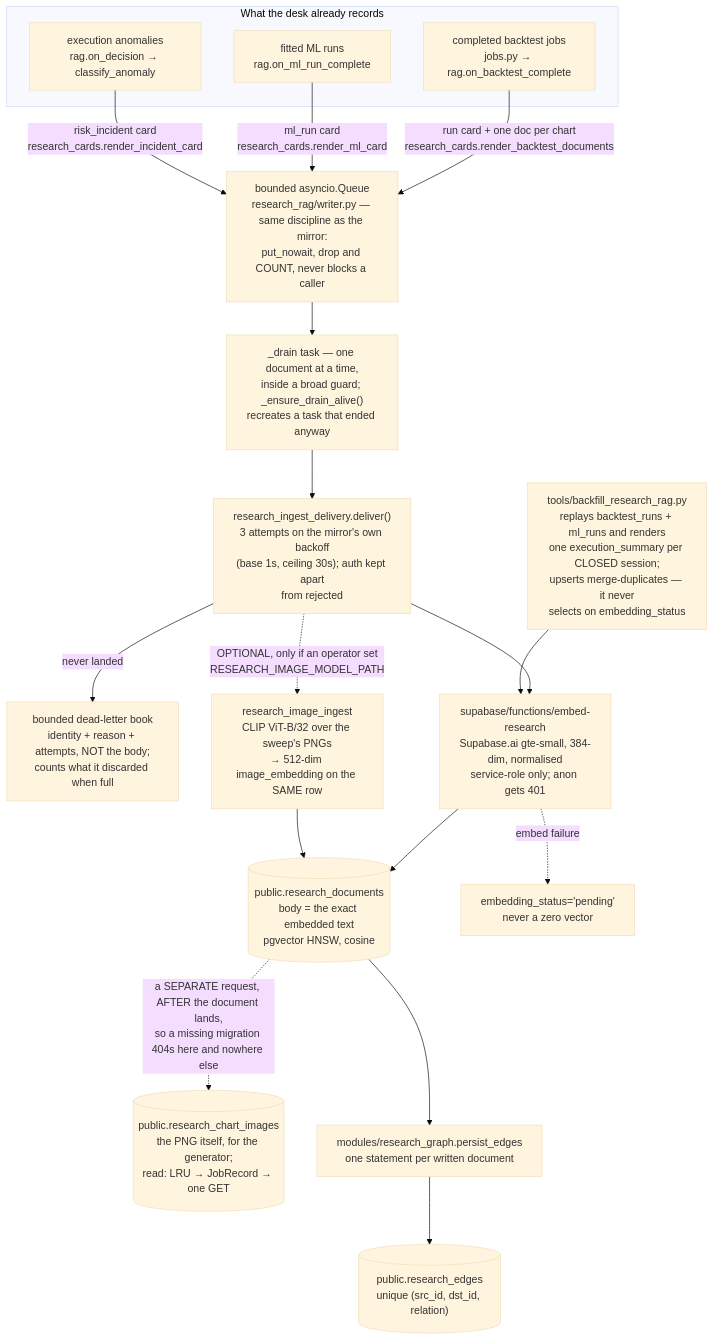
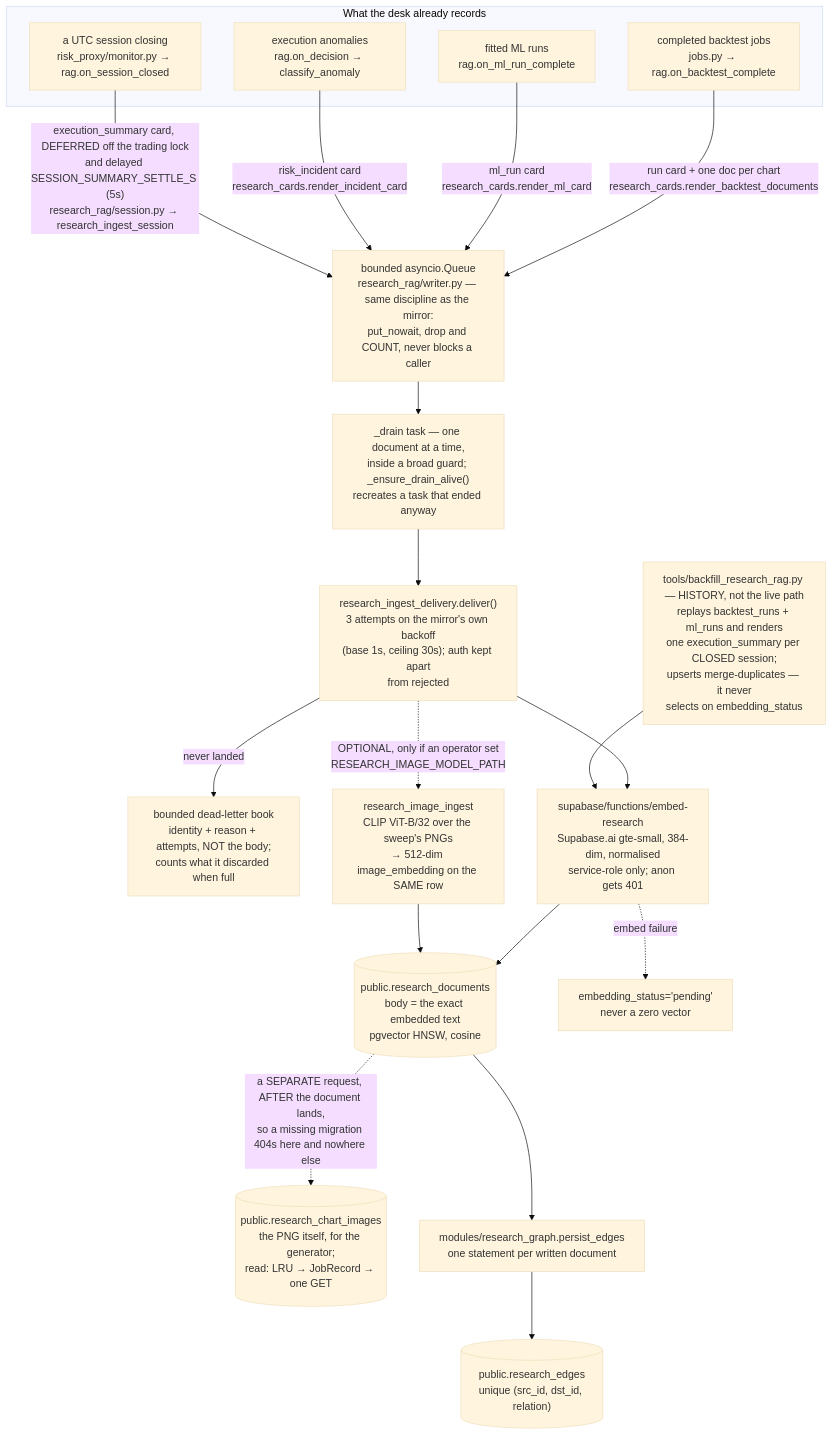
One commit to Manutd1234/AlphaEngine changed the second of 2 diagrams in docs/architecture/DATA_PROCESSING_FLOW.md. Above: the diagram before and after it, drawn with Mermaid (base theme). The commit also changed other lines of this file and 16 other files, not shown here.

````diff
--- a/docs/architecture/DATA_PROCESSING_FLOW.md
+++ b/docs/architecture/DATA_PROCESSING_FLOW.md
@@ -198,24 +325,26 @@
 ```mermaid
 flowchart TD
     subgraph sources [What the desk already records]
         BT["completed backtest jobs<br/>jobs.py → rag.on_backtest_complete"]
         ML["fitted ML runs<br/>rag.on_ml_run_complete"]
         AN["execution anomalies<br/>rag.on_decision → classify_anomaly"]
+        SE["a UTC session closing<br/>risk_proxy/monitor.py → rag.on_session_closed"]
     end
     BT -->|"run card + one doc per chart<br/>research_cards.render_backtest_documents"| Q
     ML -->|"ml_run card<br/>research_cards.render_ml_card"| Q
     AN -->|"risk_incident card<br/>research_cards.render_incident_card"| Q
+    SE -->|"execution_summary card, DEFERRED off the trading lock<br/>and delayed SESSION_SUMMARY_SETTLE_S (5s)<br/>research_rag/session.py → research_ingest_session"| Q
     Q["bounded asyncio.Queue<br/>research_rag/writer.py — same discipline as the mirror:<br/>put_nowait, drop and COUNT, never blocks a caller"]
     Q --> DR["_drain task — one document at a time,<br/>inside a broad guard; _ensure_drain_alive()<br/>recreates a task that ended anyway"]
     DR --> DEL["research_ingest_delivery.deliver()<br/>3 attempts on the mirror's own backoff<br/>(base 1s, ceiling 30s); auth kept apart<br/>from rejected"]
     DEL -->|"never landed"| DL["bounded dead-letter book<br/>identity + reason + attempts, NOT the body;<br/>counts what it discarded when full"]
     DEL --> EF["supabase/functions/embed-research<br/>Supabase.ai gte-small, 384-dim, normalised<br/>service-role only; anon gets 401"]
     EF --> RD[("public.research_documents<br/>body = the exact embedded text<br/>pgvector HNSW, cosine")]
     EF -.->|"embed failure"| PEND["embedding_status='pending'<br/>never a zero vector"]
     DEL -.->|"OPTIONAL, only if an operator set<br/>RESEARCH_IMAGE_MODEL_PATH"| IMG["research_image_ingest<br/>CLIP ViT-B/32 over the sweep's PNGs<br/>→ 512-dim image_embedding on the SAME row"]
     IMG --> RD
     RD -.->|"a SEPARATE request, AFTER the document lands,<br/>so a missing migration 404s here and nowhere else"| CI[("public.research_chart_images<br/>the PNG itself, for the generator;<br/>read: LRU → JobRecord → one GET")]
     RD --> PE["modules/research_graph.persist_edges<br/>one statement per written document"]
     PE --> RE[("public.research_edges<br/>unique (src_id, dst_id, relation)")]
-    BF["tools/backfill_research_rag.py<br/>replays backtest_runs + ml_runs and renders<br/>one execution_summary per CLOSED session;<br/>upserts merge-duplicates — it never<br/>selects on embedding_status"] --> EF
+    BF["tools/backfill_research_rag.py — HISTORY, not the live path<br/>replays backtest_runs + ml_runs and renders<br/>one execution_summary per CLOSED session;<br/>upserts merge-duplicates — it never<br/>selects on embedding_status"] --> EF
 ```
````
